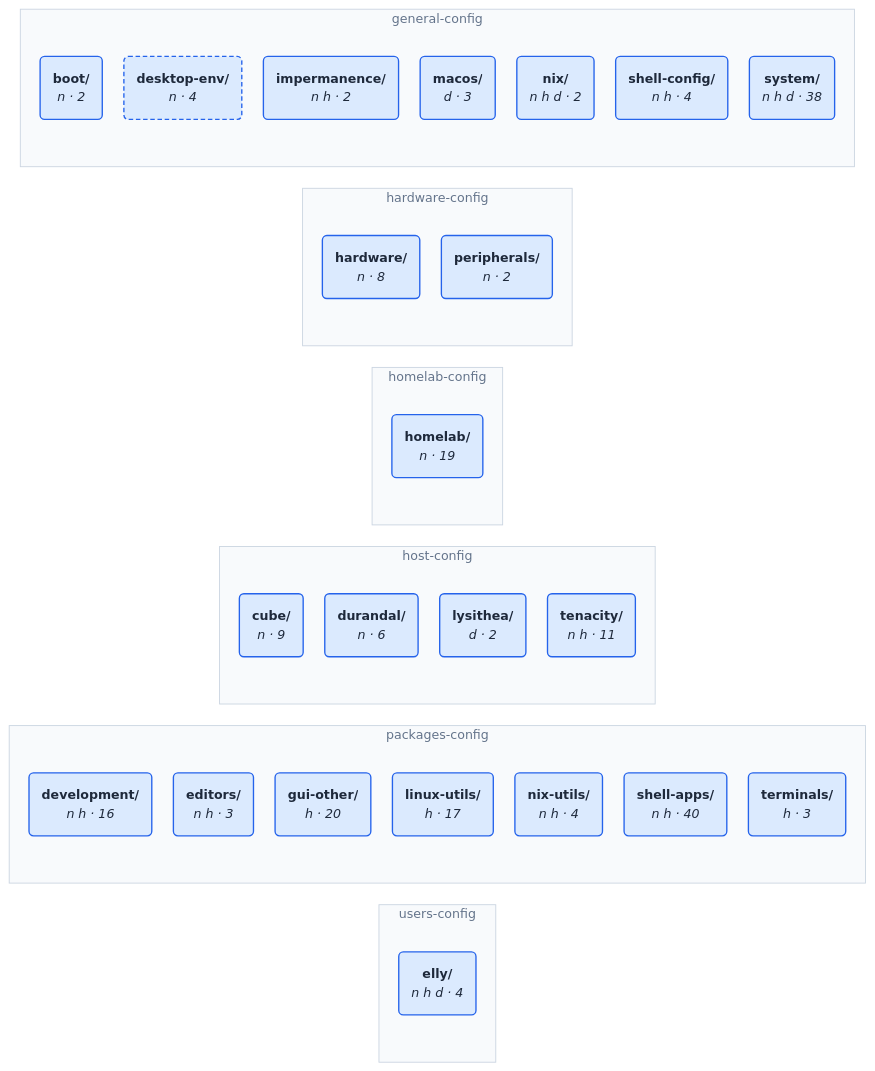
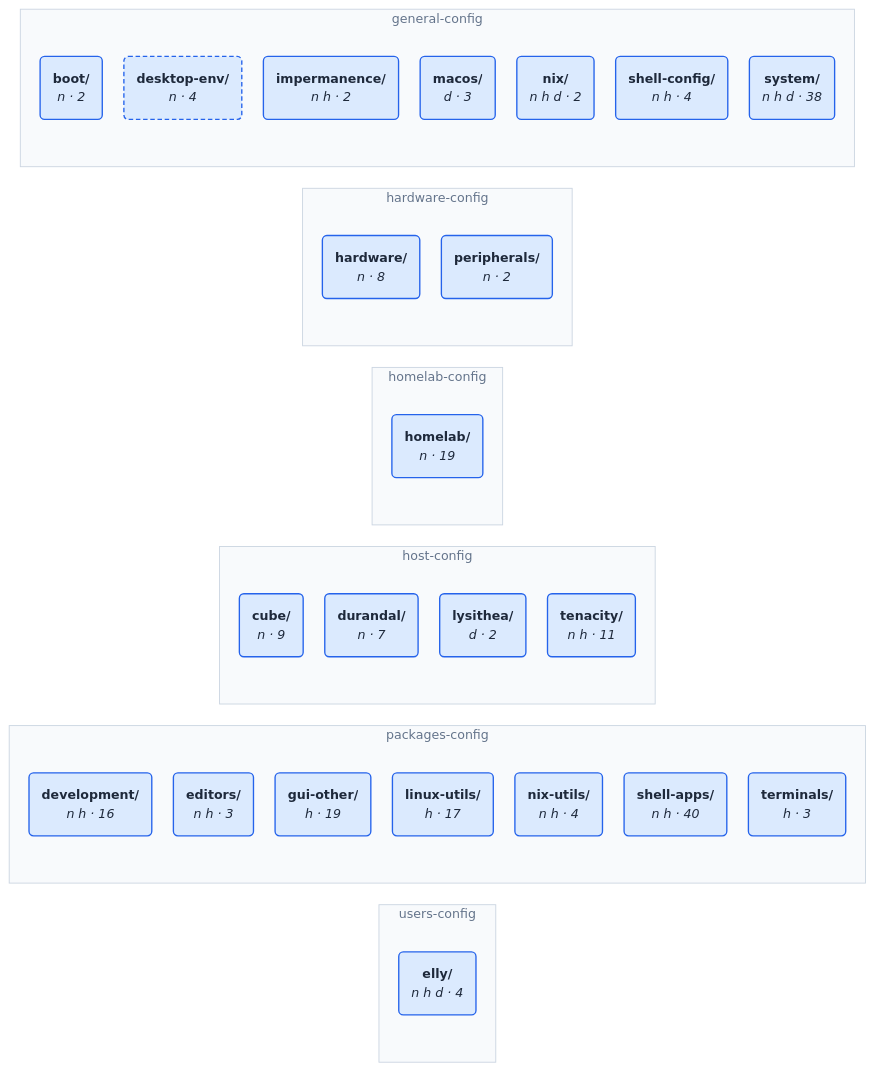
One commit to NireBryce/nixos-configs changed the diagram in wiki/architecture.md. Above: the diagram before and after it, drawn with Mermaid. The commit also changed 6 other files, not shown here.

````diff
--- a/wiki/architecture.md
+++ b/wiki/architecture.md
@@ -98,54 +98,54 @@
 ```mermaid
 %%{init: {"theme": "base", "themeVariables": {"fontFamily": "ui-sans-serif, system-ui, sans-serif", "fontSize": "14px", "lineColor": "#94a3b8"}, "flowchart": {"curve": "basis", "nodeSpacing": 24, "rankSpacing": 80, "padding": 14}}}%%
 flowchart LR
     subgraph g0["users-config"]
         n27("<b>elly/</b><br/><i>n h d · 4</i>")
     end
     subgraph g1["packages-config"]
         n20("<b>development/</b><br/><i>n h · 16</i>")
         n21("<b>editors/</b><br/><i>n h · 3</i>")
-        n22("<b>gui-other/</b><br/><i>h · 20</i>")
+        n22("<b>gui-other/</b><br/><i>h · 19</i>")
         n23("<b>linux-utils/</b><br/><i>h · 17</i>")
         n24("<b>nix-utils/</b><br/><i>n h · 4</i>")
         n25("<b>shell-apps/</b><br/><i>n h · 40</i>")
         n26("<b>terminals/</b><br/><i>h · 3</i>")
     end
     subgraph g2["host-config"]
         n16("<b>cube/</b><br/><i>n · 9</i>")
-        n17("<b>durandal/</b><br/><i>n · 6</i>")
+        n17("<b>durandal/</b><br/><i>n · 7</i>")
         n18("<b>lysithea/</b><br/><i>d · 2</i>")
         n19("<b>tenacity/</b><br/><i>n h · 11</i>")
     end
     subgraph g3["homelab-config"]
         n15("<b>homelab/</b><br/><i>n · 19</i>")
     end
     subgraph g4["hardware-config"]
         n13("<b>hardware/</b><br/><i>n · 8</i>")
         n14("<b>peripherals/</b><br/><i>n · 2</i>")
     end
     subgraph g5["general-config"]
         n6("<b>boot/</b><br/><i>n · 2</i>")
         n7("<b>desktop-env/</b><br/><i>n · 4</i>")
         n8("<b>impermanence/</b><br/><i>n h · 2</i>")
         n9("<b>macos/</b><br/><i>d · 3</i>")
         n10("<b>nix/</b><br/><i>n h d · 2</i>")
         n11("<b>shell-config/</b><br/><i>n h · 4</i>")
         n12("<b>system/</b><br/><i>n h d · 38</i>")
     end
     style g0 fill:#f8fafc,stroke:#cbd5e1,color:#64748b
     style g1 fill:#f8fafc,stroke:#cbd5e1,color:#64748b
     style g2 fill:#f8fafc,stroke:#cbd5e1,color:#64748b
     style g3 fill:#f8fafc,stroke:#cbd5e1,color:#64748b
     style g4 fill:#f8fafc,stroke:#cbd5e1,color:#64748b
     style g5 fill:#f8fafc,stroke:#cbd5e1,color:#64748b
     classDef area fill:#f8fafc,stroke:#cbd5e1,color:#1e293b,stroke-width:1.5px
     classDef category fill:#dbeafe,stroke:#2563eb,color:#1e293b,stroke-width:1.5px
     classDef folder fill:#f1f5f9,stroke:#94a3b8,color:#1e293b,stroke-width:1.5px
     classDef module fill:#ffffff,stroke:#94a3b8,color:#1e293b,stroke-width:1.5px
     classDef aggregate fill:#ffffff,stroke:#f59e0b,color:#1e293b,stroke-width:1.5px
     classDef missing fill:#fee2e2,stroke:#ef4444,color:#1e293b,stroke-width:1.5px
     classDef orphan fill:#fff1f2,stroke:#e11d48,color:#1e293b,stroke-width:2.5px
     classDef bymodule stroke-dasharray:5 3
     class n6,n7,n8,n9,n10,n11,n12,n13,n14,n15,n16,n17,n18,n19,n20,n21,n22,n23,n24,n25,n26,n27 category
     class n7 bymodule
 ```
````
